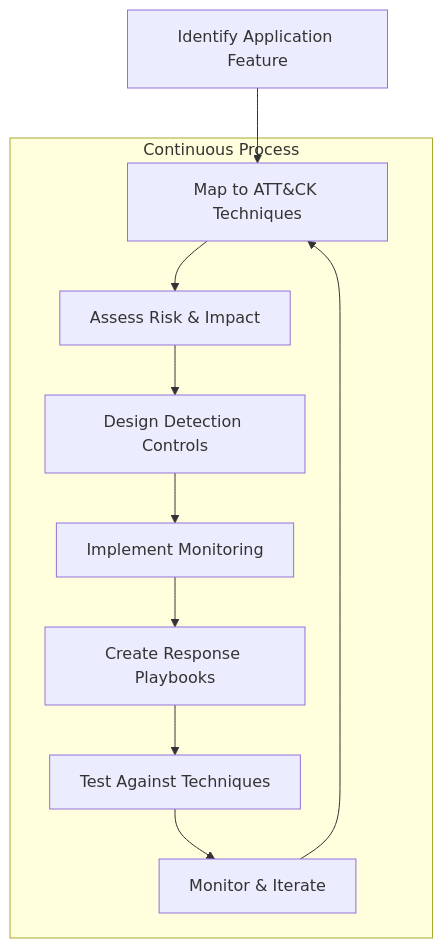
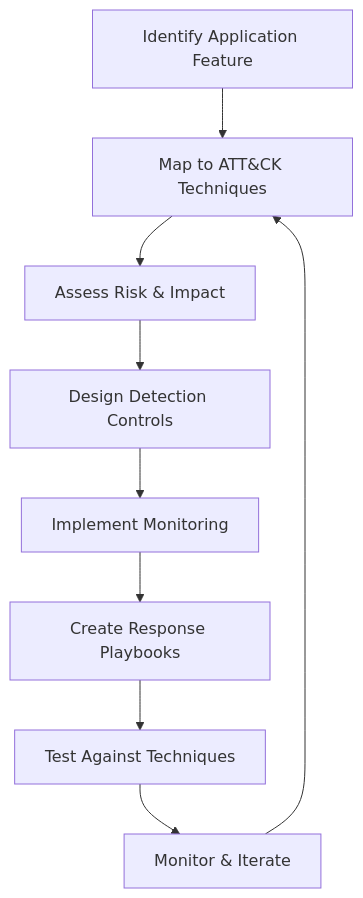
One commit to codebytes/mitre-attack-for-devs changed the fifth of 7 diagrams in slides/Slides.md. Above: the diagram before and after it, drawn with Mermaid. The commit also changed other lines of this file, not shown here.

Commit message:
Fix Mermaid diagrams: remove subgraphs causing render failures

```diff
--- a/slides/Slides.md
+++ b/slides/Slides.md
@@ -975,21 +960,11 @@
 <div class="mermaid">
 flowchart TD
     A[Identify Application Feature] --> B[Map to ATT&CK Techniques]
-    B --> C[Assess Risk & Impact]  
+    B --> C[Assess Risk & Impact]
     C --> D[Design Detection Controls]
     D --> E[Implement Monitoring]
     E --> F[Create Response Playbooks]
     F --> G[Test Against Techniques]
     G --> H[Monitor & Iterate]
     H --> B
-    
-    subgraph "Continuous Process"
-        B
-        C
-        D
-        E
-        F
-        G
-        H
-    end
 </div>
```
